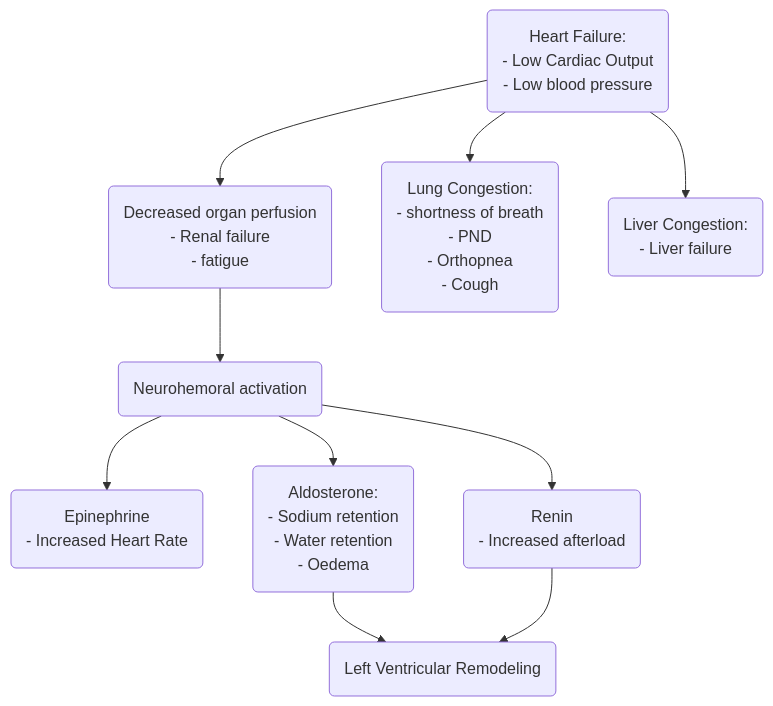
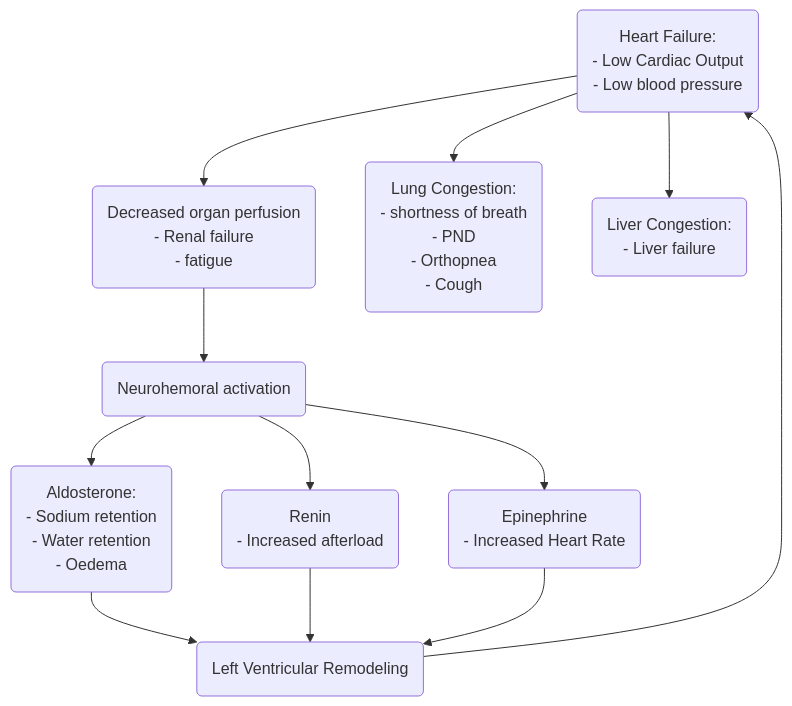
The diagram in cvs-heart-failure.qmd (sbnguah/PedicsNotes), drawn with Mermaid before and after one commit. The commit also changed other lines of this file and 27 other files, not shown here.

````diff
--- a/cvs-heart-failure.qmd
+++ b/cvs-heart-failure.qmd
@@ -100,12 +100,14 @@
 ```{mermaid}
 flowchart TD
     A(Heart Failure: <br> - Low Cardiac Output <br> - Low blood pressure)-->B(Decreased organ perfusion <br> - Renal failure <br> - fatigue);
     B-->C(Neurohemoral activation);
     C-->D(Epinephrine <br> - Increased Heart Rate);
     C-->E(Aldosterone: <br> - Sodium retention <br> - Water retention <br> - Oedema);
     C-->F(Renin <br> - Increased afterload);
     E-->G(Left Ventricular Remodeling);
     F-->G;
     A-->H(Lung Congestion: <br> - shortness of breath <br> - PND <br> - Orthopnea <br> - Cough)
-    A-->I(Liver Congestion: <br> - Liver failure)
+    A-->I(Liver Congestion: <br> - Liver failure);
+    G-->A;
+    D-->G
 ```
````
